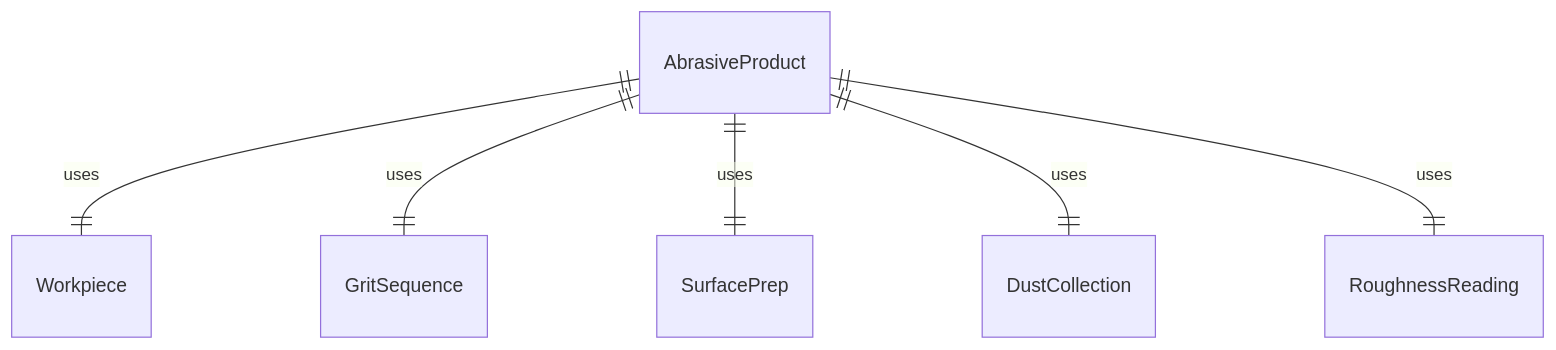
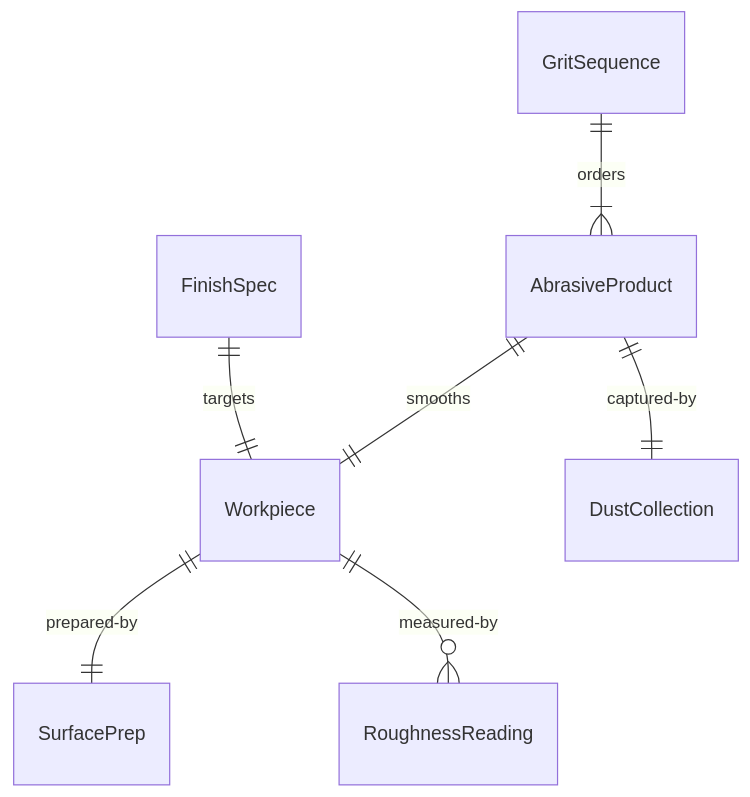
One commit to dot-org-ai/tasks.org.ai changed the first of 4 diagrams in HandlingAndMovingObjects/SmoothSurfacesOfObjectsOrEquipment/SmoothSurfacesAbrasiveMaterialsTools.mdx. Above: the diagram before and after it, drawn with Mermaid. The commit also changed other lines of this file and 515 other files, not shown here.

````diff
--- a/HandlingAndMovingObjects/SmoothSurfacesOfObjectsOrEquipment/SmoothSurfacesAbrasiveMaterialsTools.mdx
+++ b/HandlingAndMovingObjects/SmoothSurfacesOfObjectsOrEquipment/SmoothSurfacesAbrasiveMaterialsTools.mdx
@@ -86,8 +86,9 @@
 ```mermaid
 erDiagram
-    AbrasiveProduct ||--|| Workpiece : "uses"
-    AbrasiveProduct ||--|| GritSequence : "uses"
-    AbrasiveProduct ||--|| SurfacePrep : "uses"
-    AbrasiveProduct ||--|| DustCollection : "uses"
-    AbrasiveProduct ||--|| RoughnessReading : "uses"
+    AbrasiveProduct ||--|| Workpiece : "smooths"
+    GritSequence ||--|{ AbrasiveProduct : "orders"
+    Workpiece ||--|| SurfacePrep : "prepared-by"
+    AbrasiveProduct ||--|| DustCollection : "captured-by"
+    Workpiece ||--o{ RoughnessReading : "measured-by"
+    FinishSpec ||--|| Workpiece : "targets"
 ```
````
